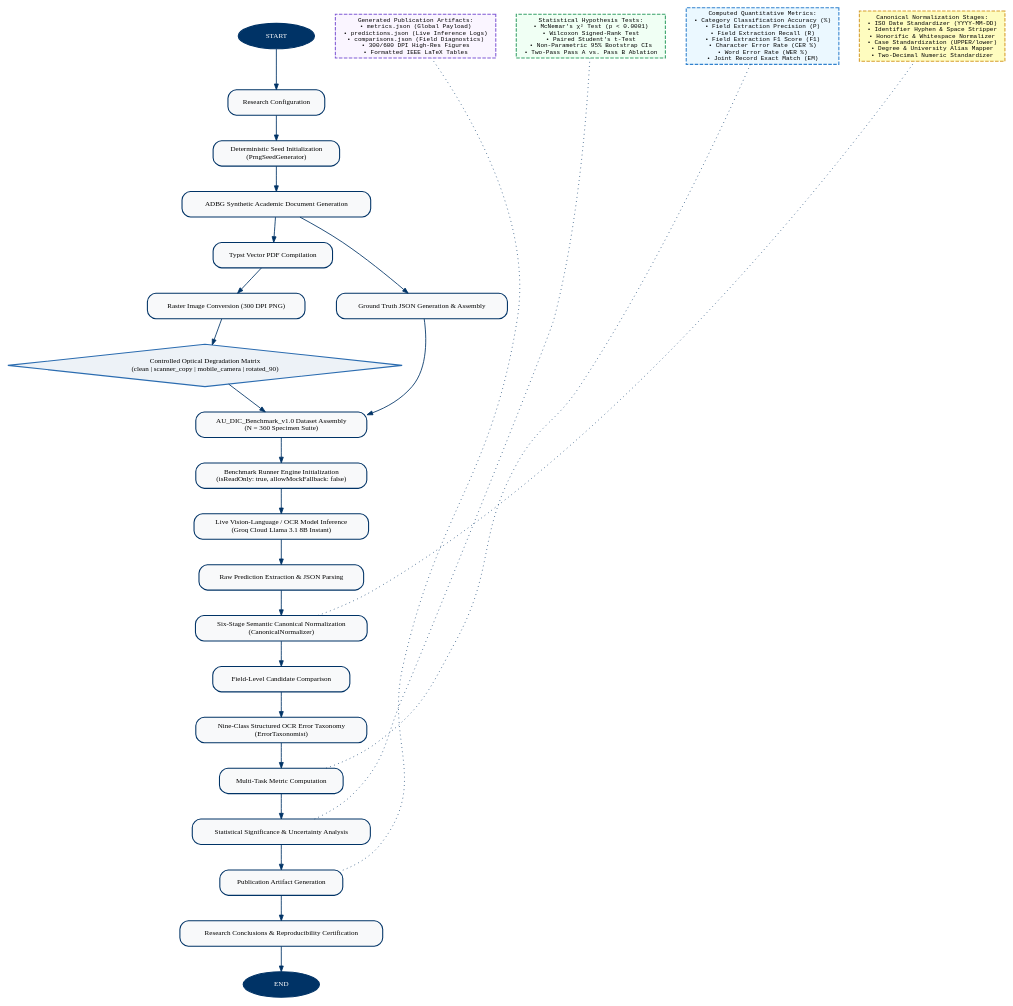
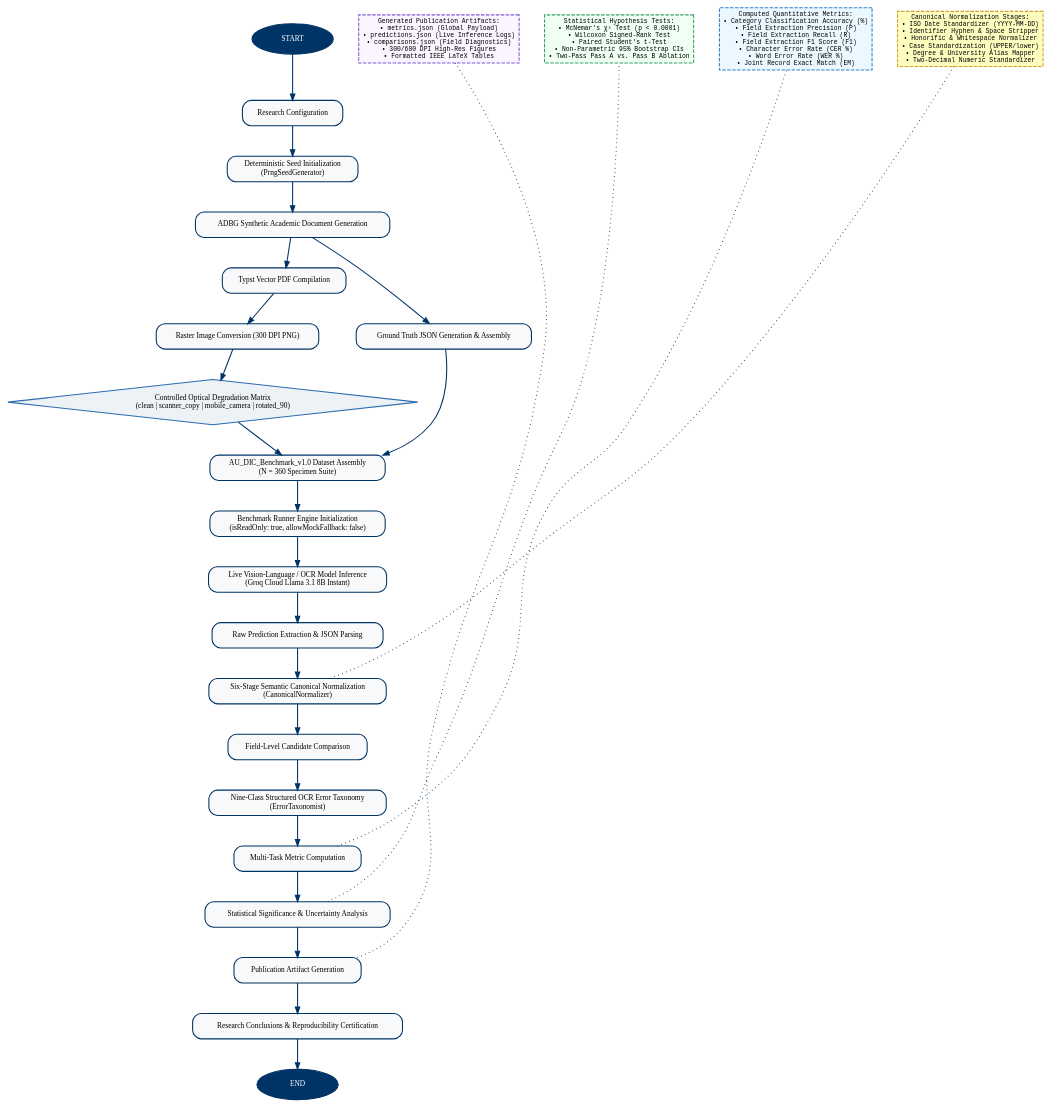
One commit to aashishrajput9838/academicuniverse changed the diagram in methodology_workflow.dot. Above: the diagram before and after it, drawn with Graphviz. The commit also changed 11 other files, not shown here.

```diff
--- a/methodology_workflow.dot
+++ b/methodology_workflow.dot
@@ -1,54 +1,54 @@
 digraph G {
-    graph [rankdir=TB, nodesep=0.4, ranksep=0.5, fontname="Times-Roman", fontsize=11, compound=true];
-    node [shape=box, style="rounded,filled", fillcolor="#F8F9FA", color="#003366", penwidth=1.5, fontname="Times-Roman", fontsize=10];
-    edge [color="#003366", penwidth=1.2, arrowsize=0.8];
+    graph [rankdir=TB, nodesep=0.5, ranksep=0.6, fontname="Times-Roman", fontsize=11, compound=true];
+    node [shape=box, style="rounded,filled", fillcolor="#F8F9FA", color="#003366", penwidth=1.5, fontname="Times-Roman", fontsize=10.5];
+    edge [color="#003366", penwidth=1.5, arrowsize=0.9];
 
     // Start / End nodes
-    start [label="START", shape=oval, fillcolor="#003366", fontcolor="#FFFFFF", style=filled, width=1.5, height=0.5];
-    end [label="END", shape=oval, fillcolor="#003366", fontcolor="#FFFFFF", style=filled, width=1.5, height=0.5];
+    start [label="START", shape=oval, fillcolor="#003366", fontcolor="#FFFFFF", style=filled, width=1.6, height=0.6];
+    end [label="END", shape=oval, fillcolor="#003366", fontcolor="#FFFFFF", style=filled, width=1.6, height=0.6];
 
     // Main Workflow Nodes
     config [label="Research Configuration"];
     seed [label="Deterministic Seed Initialization\n(PrngSeedGenerator)"];
     adbg [label="ADBG Synthetic Academic Document Generation"];
     typst [label="Typst Vector PDF Compilation"];
     gt_json [label="Ground Truth JSON Generation & Assembly"];
     raster [label="Raster Image Conversion (300 DPI PNG)"];
     
     degradation [label="Controlled Optical Degradation Matrix\n(clean | scanner_copy | mobile_camera | rotated_90)", shape=diamond, style=filled, fillcolor="#EDF2F7", color="#2B6CB0"];
     
     dataset [label="AU_DIC_Benchmark_v1.0 Dataset Assembly\n(N = 360 Specimen Suite)"];
     runner [label="Benchmark Runner Engine Initialization\n(isReadOnly: true, allowMockFallback: false)"];
     inference [label="Live Vision-Language / OCR Model Inference\n(Groq Cloud Llama 3.1 8B Instant)"];
     prediction [label="Raw Prediction Extraction & JSON Parsing"];
     normalizer [label="Six-Stage Semantic Canonical Normalization\n(CanonicalNormalizer)"];
     comparator [label="Field-Level Candidate Comparison"];
     taxonomy [label="Nine-Class Structured OCR Error Taxonomy\n(ErrorTaxonomist)"];
     metrics [label="Multi-Task Metric Computation"];
     stats [label="Statistical Significance & Uncertainty Analysis"];
     artifacts [label="Publication Artifact Generation"];
     conclusions [label="Research Conclusions & Reproducibility Certification"];
 
     // Callout / Annotation Boxes
-    norm_callout [label="Canonical Normalization Stages:\n• ISO Date Standardizer (YYYY-MM-DD)\n• Identifier Hyphen & Space Stripper\n• Honorific & Whitespace Normalizer\n• Case Standardization (UPPER/lower)\n• Degree & University Alias Mapper\n• Two-Decimal Numeric Standardizer", shape=box, style="dashed,filled", fillcolor="#FEFCBF", color="#D69E2E", fontname="Courier", fontsize=8.5];
+    norm_callout [label="Canonical Normalization Stages:\n• ISO Date Standardizer (YYYY-MM-DD)\n• Identifier Hyphen & Space Stripper\n• Honorific & Whitespace Normalizer\n• Case Standardization (UPPER/lower)\n• Degree & University Alias Mapper\n• Two-Decimal Numeric Standardizer", shape=box, style="dashed,filled", fillcolor="#FEFCBF", color="#D69E2E", fontname="Courier", fontsize=9];
     
-    metric_callout [label="Computed Quantitative Metrics:\n• Category Classification Accuracy (%)\n• Field Extraction Precision (P)\n• Field Extraction Recall (R)\n• Field Extraction F1 Score (F1)\n• Character Error Rate (CER %)\n• Word Error Rate (WER %)\n• Joint Record Exact Match (EM)", shape=box, style="dashed,filled", fillcolor="#EBF8FF", color="#3182CE", fontname="Courier", fontsize=8.5];
+    metric_callout [label="Computed Quantitative Metrics:\n• Category Classification Accuracy (%)\n• Field Extraction Precision (P)\n• Field Extraction Recall (R)\n• Field Extraction F1 Score (F1)\n• Character Error Rate (CER %)\n• Word Error Rate (WER %)\n• Joint Record Exact Match (EM)", shape=box, style="dashed,filled", fillcolor="#EBF8FF", color="#3182CE", fontname="Courier", fontsize=9];
     
-    stats_callout [label="Statistical Hypothesis Tests:\n• McNemar's χ² Test (p < 0.0001)\n• Wilcoxon Signed-Rank Test\n• Paired Student's t-Test\n• Non-Parametric 95% Bootstrap CIs\n• Two-Pass Pass A vs. Pass B Ablation", shape=box, style="dashed,filled", fillcolor="#F0FFF4", color="#38A169", fontname="Courier", fontsize=8.5];
+    stats_callout [label="Statistical Hypothesis Tests:\n• McNemar's χ² Test (p < 0.0001)\n• Wilcoxon Signed-Rank Test\n• Paired Student's t-Test\n• Non-Parametric 95% Bootstrap CIs\n• Two-Pass Pass A vs. Pass B Ablation", shape=box, style="dashed,filled", fillcolor="#F0FFF4", color="#38A169", fontname="Courier", fontsize=9];
 
-    artifact_callout [label="Generated Publication Artifacts:\n• metrics.json (Global Payload)\n• predictions.json (Live Inference Logs)\n• comparisons.json (Field Diagnostics)\n• 300/600 DPI High-Res Figures\n• Formatted IEEE LaTeX Tables", shape=box, style="dashed,filled", fillcolor="#FAF5FF", color="#805AD5", fontname="Courier", fontsize=8.5];
+    artifact_callout [label="Generated Publication Artifacts:\n• metrics.json (Global Payload)\n• predictions.json (Live Inference Logs)\n• comparisons.json (Field Diagnostics)\n• 300/600 DPI High-Res Figures\n• Formatted IEEE LaTeX Tables", shape=box, style="dashed,filled", fillcolor="#FAF5FF", color="#805AD5", fontname="Courier", fontsize=9];
 
     // Sequential Flow Connections
     start -> config -> seed -> adbg;
     adbg -> typst;
     adbg -> gt_json;
     typst -> raster -> degradation;
     gt_json -> dataset;
     degradation -> dataset -> runner -> inference -> prediction -> normalizer -> comparator -> taxonomy -> metrics -> stats -> artifacts -> conclusions -> end;
 
     // Callout Dotted Connections
     normalizer -> norm_callout [style=dotted, arrowhead=none, constraint=false];
     metrics -> metric_callout [style=dotted, arrowhead=none, constraint=false];
     stats -> stats_callout [style=dotted, arrowhead=none, constraint=false];
     artifacts -> artifact_callout [style=dotted, arrowhead=none, constraint=false];
 }
```
